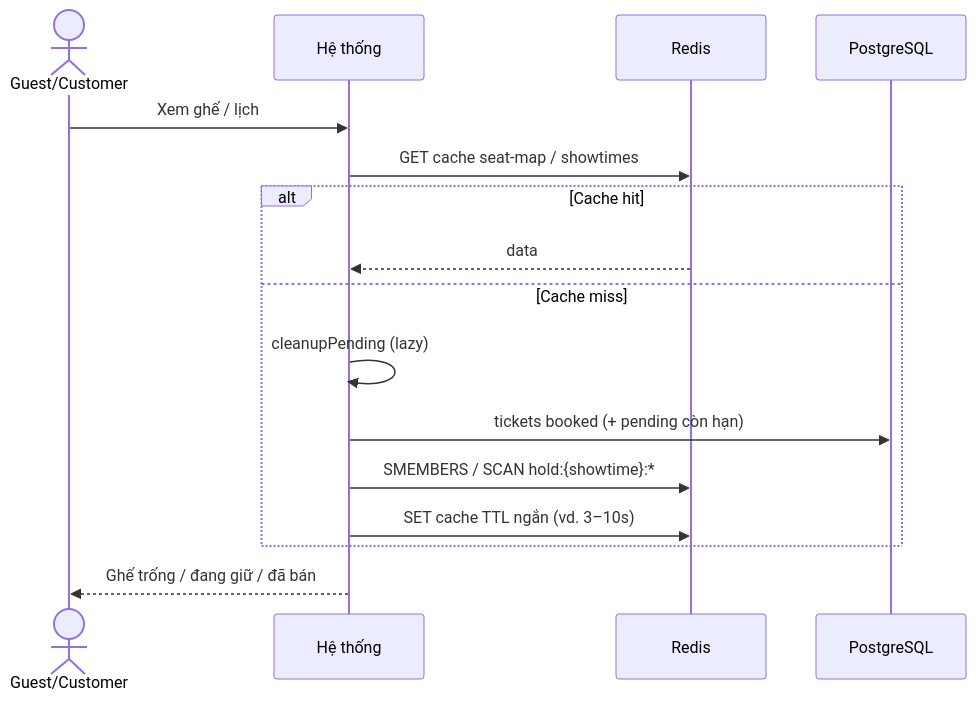
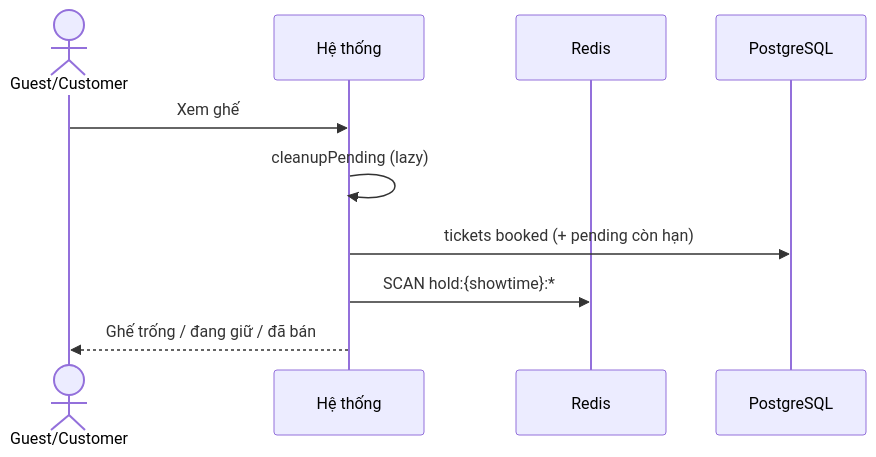
Before and after one commit to Hoangvu2911/SBU5_learnPython: the eighth of 11 diagrams in myproject/SPEC.md, drawn with Mermaid. The commit also changed other lines of this file and 15 other files, not shown here.

````diff
--- a/myproject/SPEC.md
+++ b/myproject/SPEC.md
@@ -425,19 +416,13 @@
 ```mermaid
 sequenceDiagram
   actor U as Guest/Customer
   participant S as Hệ thống
   participant R as Redis
   participant DB as PostgreSQL
 
-  U->>S: Xem ghế / lịch
-  S->>R: GET cache seat-map / showtimes
-  alt Cache hit
-    R-->>S: data
-  else Cache miss
-    S->>S: cleanupPending (lazy)
-    S->>DB: tickets booked (+ pending còn hạn)
-    S->>R: SMEMBERS / SCAN hold:{showtime}:*
-    S->>R: SET cache TTL ngắn (vd. 3–10s)
-  end
+  U->>S: Xem ghế
+  S->>S: cleanupPending (lazy)
+  S->>DB: tickets booked (+ pending còn hạn)
+  S->>R: SCAN hold:{showtime}:*
   S-->>U: Ghế trống / đang giữ / đã bán
 ```
````
